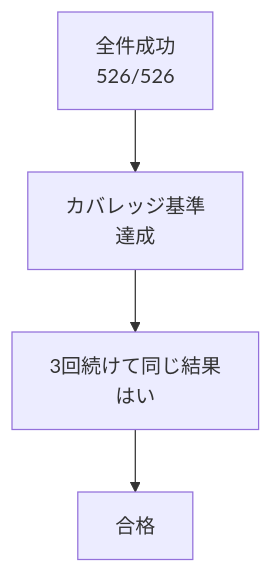
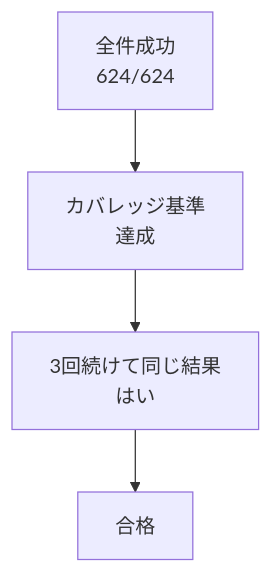
The third of 3 diagrams in documents/モジュールテスト結果報告書_RPG学習アプリ.md (pocarialice/rpglearning), drawn with Mermaid before and after one commit. The commit also changed other lines of this file and 2 other files, not shown here.

````diff
--- a/documents/モジュールテスト結果報告書_RPG学習アプリ.md
+++ b/documents/モジュールテスト結果報告書_RPG学習アプリ.md
@@ -1220,6 +1325,6 @@
 ```mermaid
 flowchart TD
-  A["全件成功<br>526/526"] --> B["カバレッジ基準<br>達成"]
+  A["全件成功<br>624/624"] --> B["カバレッジ基準<br>達成"]
   B --> C["3回続けて同じ結果<br>はい"]
   C --> D["合格"]
 ```
````
